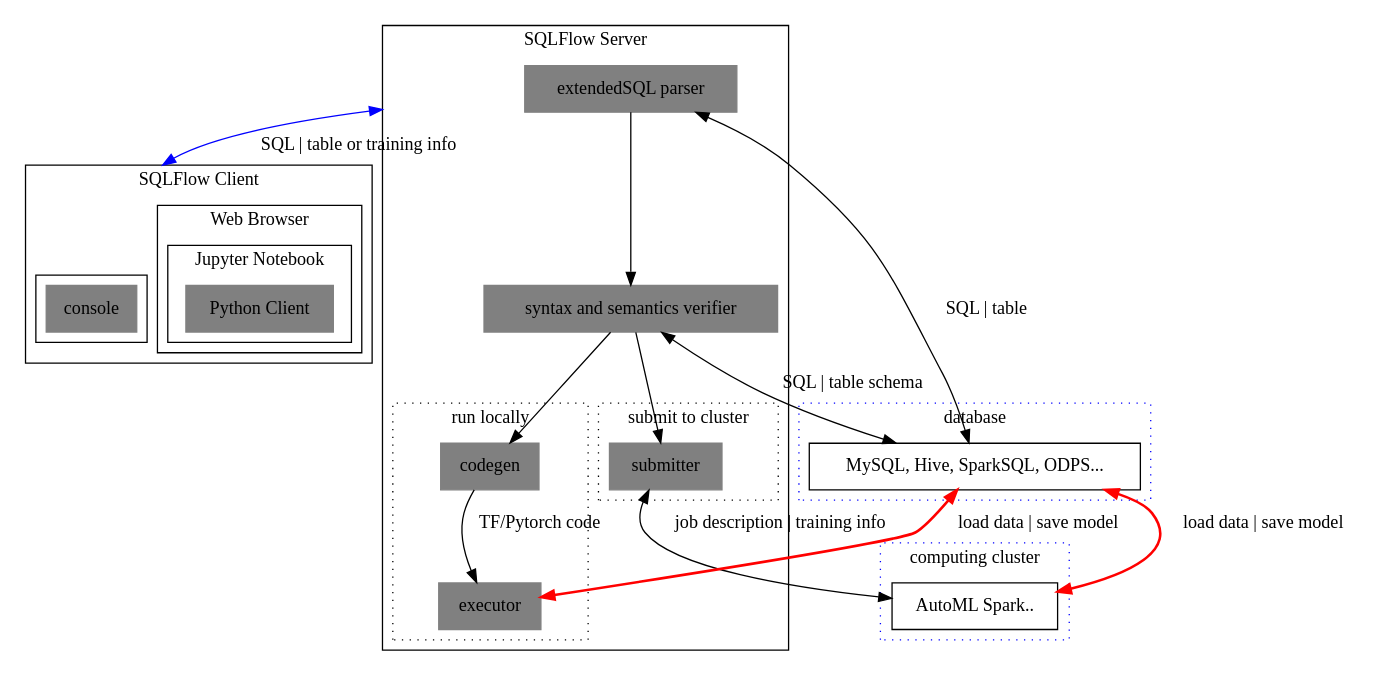
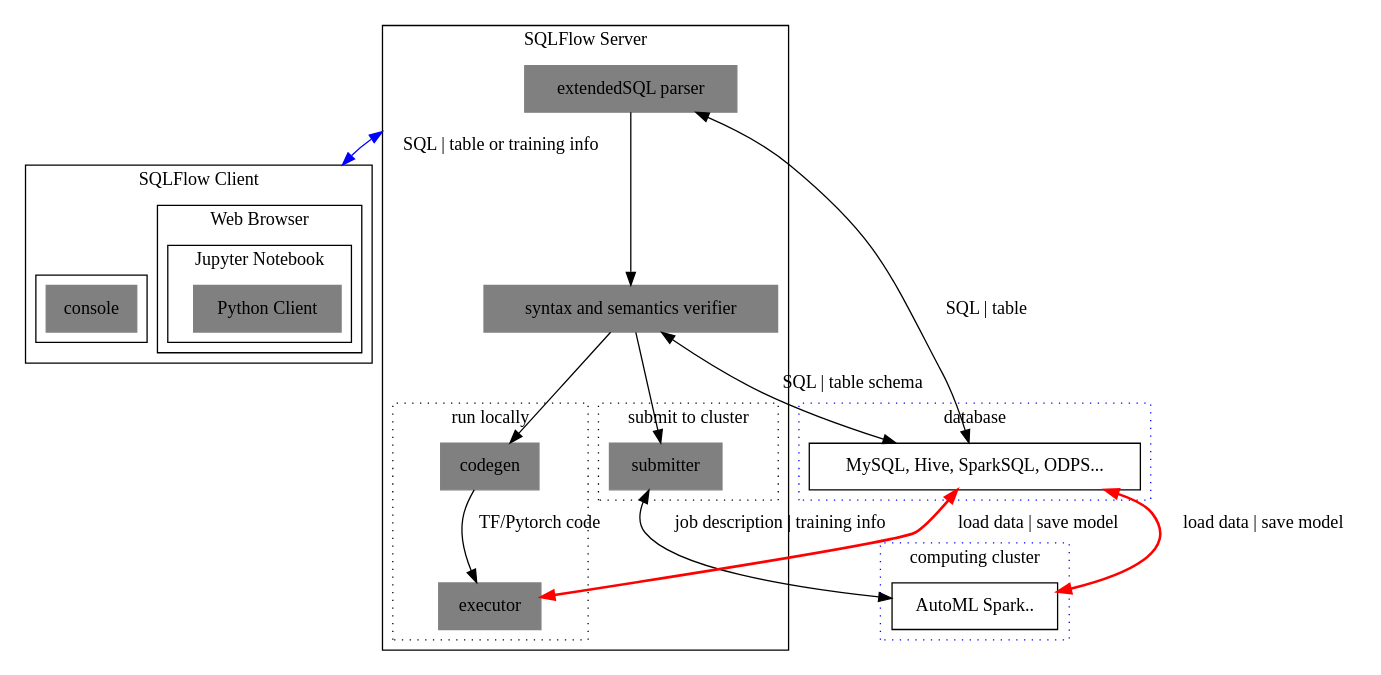
Before and after one commit to sql-machine-learning/sqlflow: the diagram in doc/figures/sqlflow-overview.dot, drawn with Graphviz.

```diff
--- a/doc/figures/sqlflow-overview.dot
+++ b/doc/figures/sqlflow-overview.dot
@@ -1,69 +1,69 @@
 digraph G {
   graph [compound=true];
   subgraph cluster_6 {
     label = "SQLFlow Client"
 
     subgraph cluster_0 {
       label = "Web Browser";
       subgraph cluster_4 {
         label = "Jupyter Notebook";
         node [style=filled,color=grey,shape=box];
         python_client [label = "Python Client"]
       }
     }
 
     subgraph cluster_5 {
       label = "";
       node [style=filled,color=grey,shape=box];
       console [label = "console"]
     }
   }
 
 
   subgraph cluster_1 {
     label = "SQLFlow Server";
     node [style=filled,color=grey,shape=box];
     parser [label="extendedSQL parser"]
     verifier [label="syntax and semantics verifier"]
     parser -> verifier;
     verifier -> {codegen submitter}
 
     subgraph cluster_10 {
       label = "run locally";
       node [style=filled, shape=box];
       graph[style=dotted];
       codegen -> executor [label="TF/Pytorch code"];
     }
 
     subgraph cluster_11 {
       label = "submit to cluster";
       node [style=filled, shape=box];
       graph[style=dotted];
       submitter;
     }
   }
 
-  subgraph cluster_2 { 
+  subgraph cluster_2 {
     label = "database"
     style=filled;
     graph[style=dotted];
     color=blue;
     database [label="MySQL, Hive, SparkSQL, ODPS...",shape=box];
   }
 
   subgraph cluster_3 {
     label = "computing cluster"
     style=filled;
     graph[style=dotted];
     color=blue;
     compute_cluster [label="AutoML Spark..",shape=box];
   }
 
-  parser -> console [ltail=cluster_1, lhead=cluster_6, color=blue, dir="both", label="SQL | table or training info"]
+  parser -> {python_client} [ltail=cluster_1, lhead=cluster_6, color=blue, dir="both", label="SQL | table or training info"]
   parser -> database [dir="both", label="SQL | table"];
   verifier -> database [dir="both", label="SQL | table schema"];
   submitter -> compute_cluster [dir="both", label="job description | training info"]
 
   database -> compute_cluster [color=red, style=bold, dir="both", label="load data | save model"]
   database -> executor [color=red, style=bold, dir="both", label="load data | save model"]
 }
```
